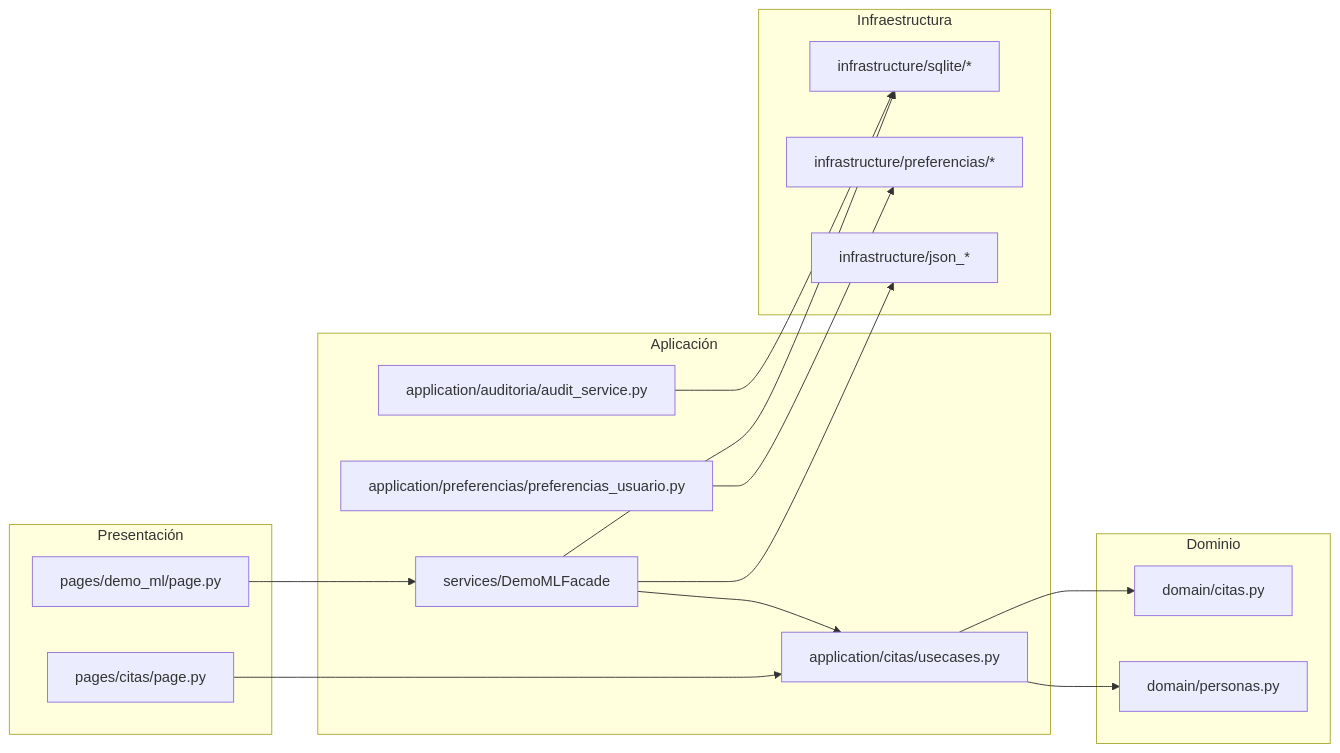
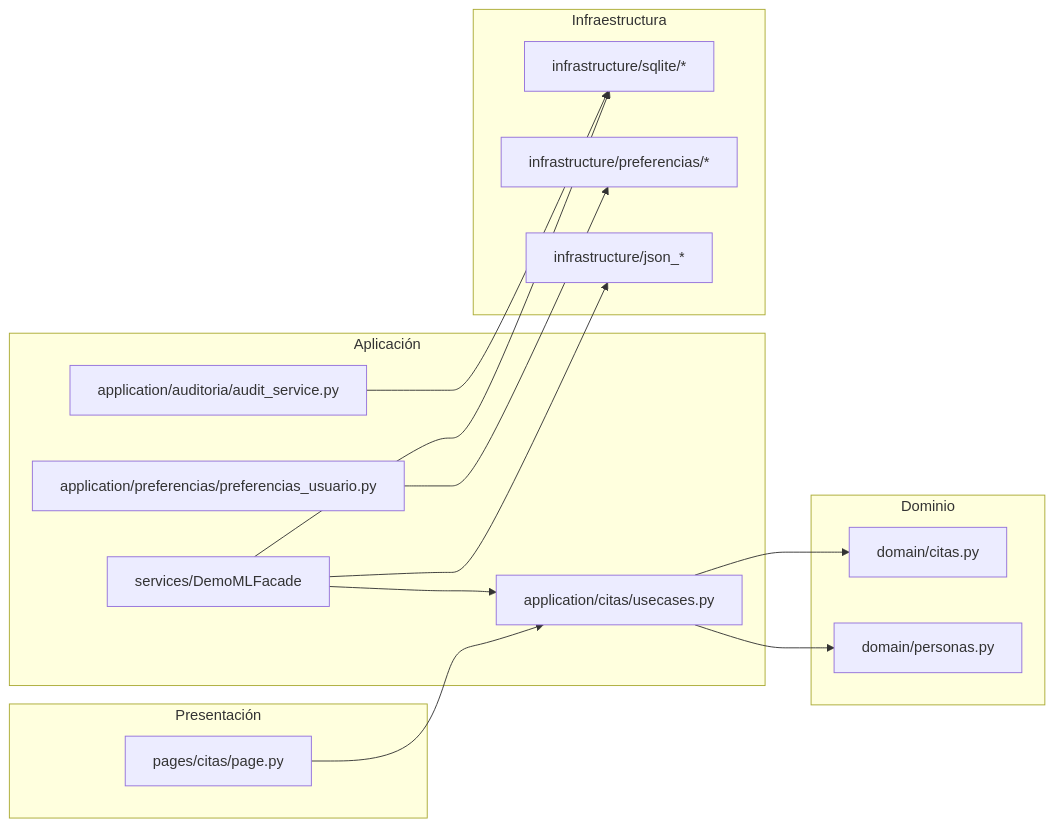
The third of 3 diagrams in docs/arquitectura_c4.md (carlos-arcas/clinicdesk), drawn with Mermaid before and after one commit. The commit also changed other lines of this file and 22 other files, not shown here.

````diff
--- a/docs/arquitectura_c4.md
+++ b/docs/arquitectura_c4.md
@@ -47,35 +47,33 @@
 ```mermaid
 flowchart LR
     subgraph presentacion[Presentación]
-        pageDemo[pages/demo_ml/page.py]
-        pageCitas[pages/citas/page.py]
+                pageCitas[pages/citas/page.py]
     end
 
     subgraph aplicacion[Aplicación]
         facadeDemo[services/DemoMLFacade]
         ucCitas[application/citas/usecases.py]
         auditService[application/auditoria/audit_service.py]
         prefsService[application/preferencias/preferencias_usuario.py]
     end
 
     subgraph infraestructura[Infraestructura]
         repoSqlite[infrastructure/sqlite/*]
         repoPrefs[infrastructure/preferencias/*]
         outJson[infrastructure/json_*]
     end
 
     subgraph dominio[Dominio]
         domCitas[domain/citas.py]
         domPersonas[domain/personas.py]
     end
 
-    pageDemo --> facadeDemo
     pageCitas --> ucCitas
     facadeDemo --> ucCitas
     ucCitas --> domCitas
     ucCitas --> domPersonas
     facadeDemo --> repoSqlite
     auditService --> repoSqlite
     prefsService --> repoPrefs
     facadeDemo --> outJson
 ```
````
